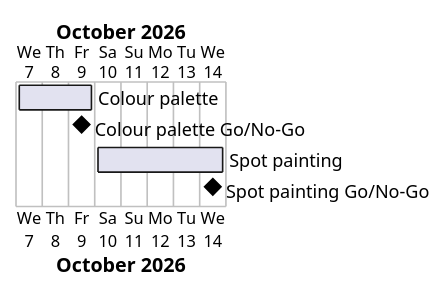
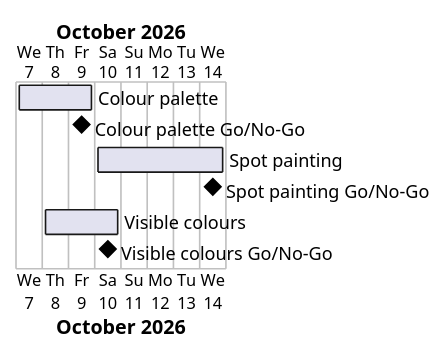
Before and after one commit to Tirsvad-Udemy-100-days-of-code/018-hirst-painting: the diagram in docs/project-plan.md, drawn with PlantUML. The commit also changed other lines of this file and 3 other files, not shown here.

First line of the commit message:
Plan the visible colours phase: MIL-003 and the Project Plan revision

````diff
--- a/docs/project-plan.md
+++ b/docs/project-plan.md
@@ -41,9 +43,11 @@
 ```plantuml
 @startgantt
 Project starts 2026-10-07
 [Colour palette] starts 2026-10-07 and ends 2026-10-09
 [Colour palette Go/No-Go] happens 2026-10-09
 [Spot painting] starts 2026-10-10 and ends 2026-10-14
 [Spot painting Go/No-Go] happens 2026-10-14
+[Visible colours] starts 2026-10-08 and ends 2026-10-10
+[Visible colours Go/No-Go] happens 2026-10-10
 @endgantt
 ```
````
